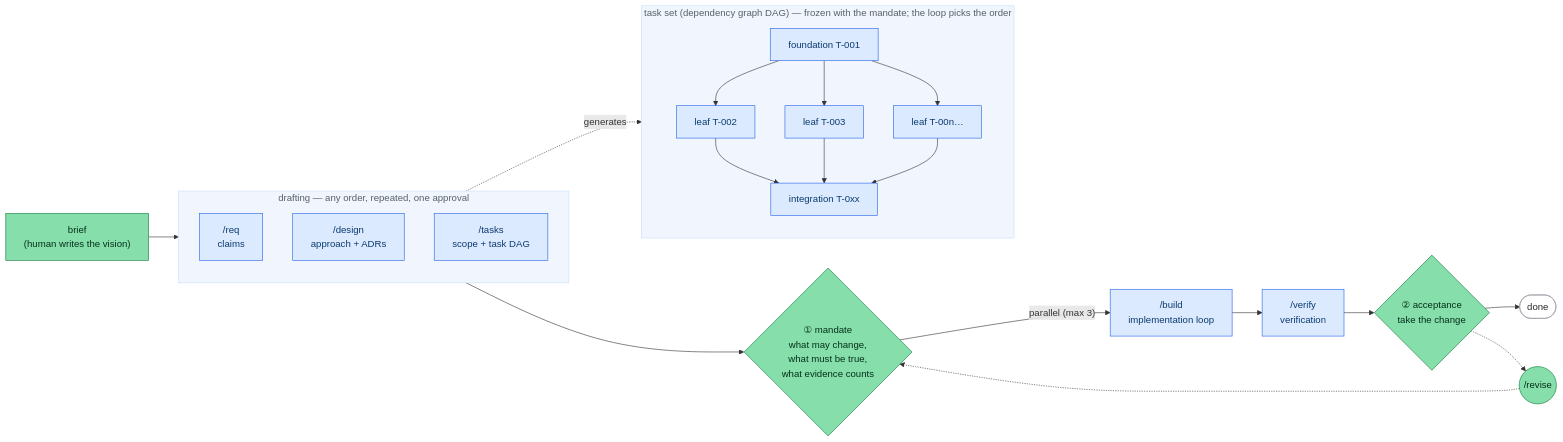
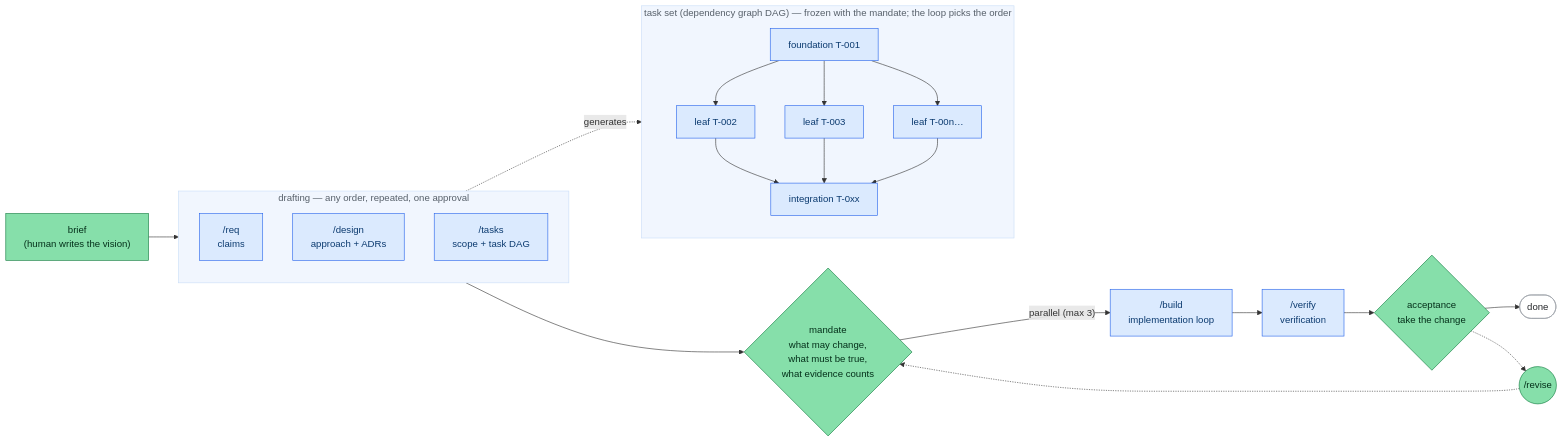
Before and after one commit to komoroko/loose-rein-kit: the diagram in README.md, drawn with Mermaid. The commit also changed other lines of this file and 55 other files, not shown here.

````diff
--- a/README.md
+++ b/README.md
@@ -16,47 +16,47 @@
 ```mermaid
 flowchart LR
     brief["brief<br/>(human writes the vision)"]:::human
 
     subgraph DRAFT["drafting — any order, repeated, one approval"]
         direction TB
         req["/req<br/>claims"]:::agent
         design["/design<br/>approach + ADRs"]:::agent
         tasks["/tasks<br/>scope + task DAG"]:::agent
     end
 
-    g1{"① mandate<br/>what may change,<br/>what must be true,<br/>what evidence counts"}:::human
+    g1{"mandate<br/>what may change,<br/>what must be true,<br/>what evidence counts"}:::human
     build["/build<br/>implementation loop"]:::agent
     verify["/verify<br/>verification"]:::agent
-    g2{"② acceptance<br/>take the change"}:::human
+    g2{"acceptance<br/>take the change"}:::human
     done(["done"])
 
     subgraph TASKS["task set (dependency graph DAG) — frozen with the mandate; the loop picks the order"]
         direction TB
         T1["foundation T-001"]:::agent
         T2["leaf T-002"]:::agent
         T3["leaf T-003"]:::agent
         Tn["leaf T-00n…"]:::agent
         TI["integration T-0xx"]:::agent
         T1 --> T2
         T1 --> T3
         T1 --> Tn
         T2 --> TI
         T3 --> TI
         Tn --> TI
     end
 
     brief --> DRAFT --> g1
     g1 -->|"parallel (max 3)"| build
     tasks -.->|generates| T1
     build --> verify --> g2 --> done
 
     RV(("/revise")):::human
     g2 -.-> RV
     RV -.-> g1
 
     classDef agent fill:#dbeafe,stroke:#2563eb,color:#0b3a6f;
     classDef human fill:#86dfaa,stroke:#0f7a3d,color:#04301a;
     style DRAFT fill:#f1f6fe,stroke:#c9ddf7,color:#57606a;
     style TASKS fill:#f1f6fe,stroke:#c9ddf7,color:#57606a;
     style done fill:#ffffff,stroke:#9aa0a6,color:#26282b;
 ```
````
